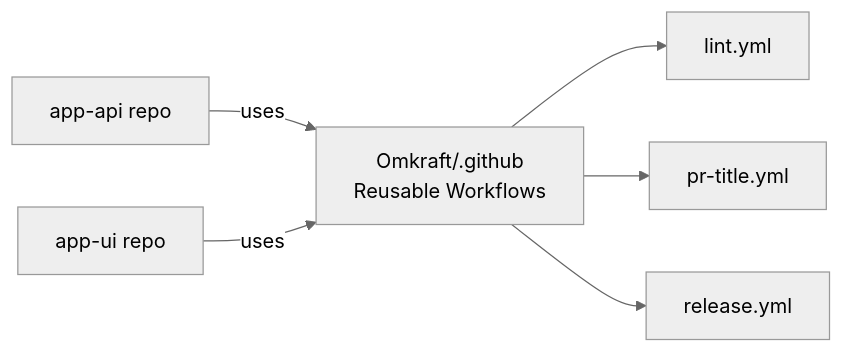
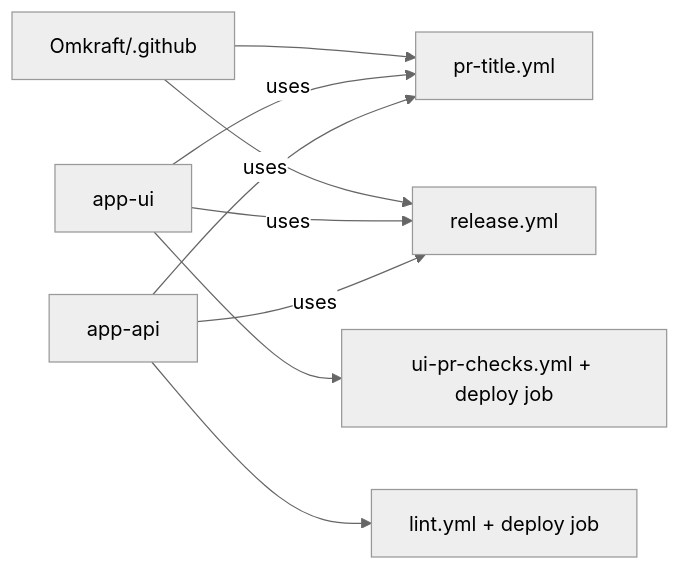
Before and after one commit to Omkraft/.github: the diagram in docs/architecture/workflows-diagram.md, drawn with Mermaid (neutral theme). The commit also changed 22 other files, not shown here.

````diff
--- a/docs/architecture/workflows-diagram.md
+++ b/docs/architecture/workflows-diagram.md
@@ -6,14 +6,14 @@
 ```mermaid
 flowchart LR
-    AppAPI[app-api repo]
-    AppUI[app-ui repo]
+    Org[Omkraft/.github]
+    Org --> WF1[pr-title.yml]
+    Org --> WF2[release.yml]
 
-    AppAPI -->|uses| ReusableRelease
-    AppUI -->|uses| ReusableRelease
+    UI[app-ui] -->|uses| WF1
+    UI -->|uses| WF2
+    UI --> UILocal[ui-pr-checks.yml + deploy job]
 
-    ReusableRelease[Omkraft/.github<br/>Reusable Workflows]
-
-    ReusableRelease --> LintWF[lint.yml]
-    ReusableRelease --> PRTitleWF[pr-title.yml]
-    ReusableRelease --> ReleaseWF[release.yml]
+    API[app-api] -->|uses| WF1
+    API -->|uses| WF2
+    API --> APILocal[lint.yml + deploy job]
 ```
````
